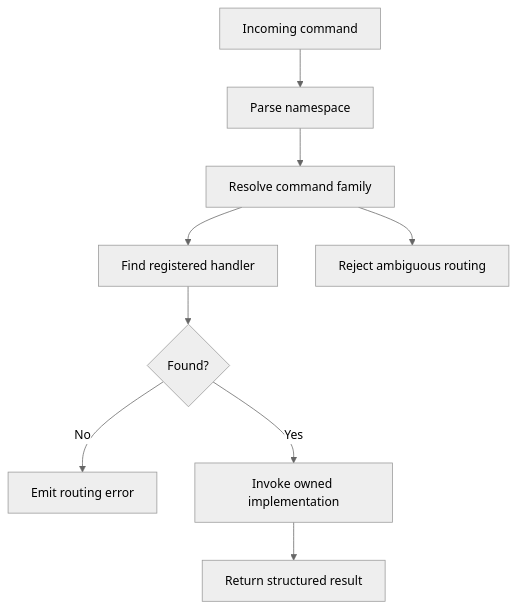
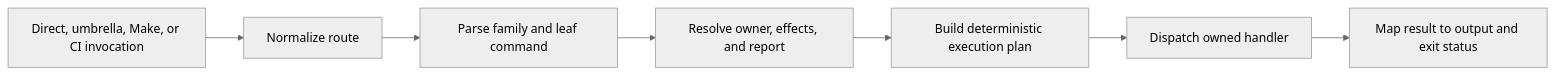
The diagram in docs/bijux-atlas-dev/automation/command-routing.md (bijux/bijux-atlas), drawn with Mermaid (neutral theme) before and after one commit. The commit also changed other lines of this file and 2 other files, not shown here.

Commit message:
docs(automation): define routing effects and generated authority

````diff
--- a/docs/bijux-atlas-dev/automation/command-routing.md
+++ b/docs/bijux-atlas-dev/automation/command-routing.md
@@ -17,12 +19,9 @@
 ```mermaid
-flowchart TD
-    Incoming[Incoming command] --> Parse[Parse namespace]
-    Parse --> Family[Resolve command family]
-    Family --> Handler[Find registered handler]
-    Handler --> Found{Found?}
-    Found -- No --> Error[Emit routing error]
-    Found -- Yes --> Invoke[Invoke owned implementation]
-    Invoke --> Result[Return structured result]
-
-    Family --> Ambiguity[Reject ambiguous routing]
+flowchart LR
+    Invocation[Direct, umbrella, Make, or CI invocation] --> Normalize[Normalize route]
+    Normalize --> Parse[Parse family and leaf command]
+    Parse --> Registry[Resolve owner, effects, and report]
+    Registry --> Plan[Build deterministic execution plan]
+    Plan --> Dispatch[Dispatch owned handler]
+    Dispatch --> Result[Map result to output and exit status]
 ```
````
